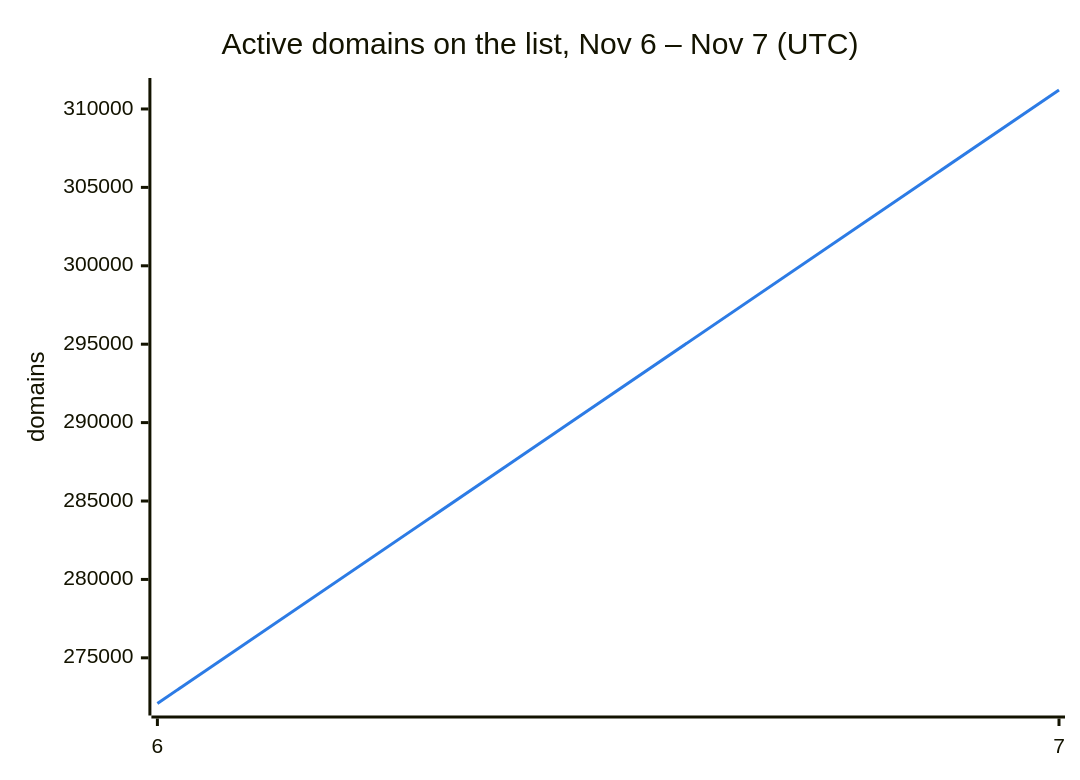
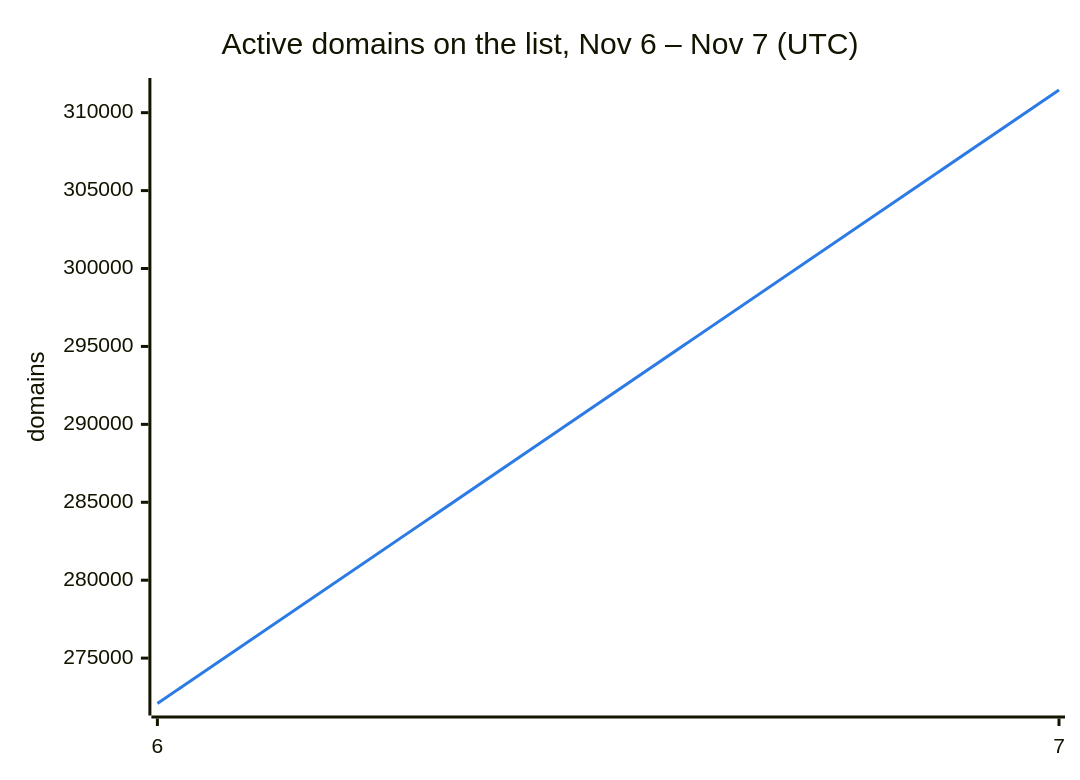
The second of 3 diagrams in README.md (DNSBunker/CTI), drawn with Mermaid before and after one commit. The commit also changed other lines of this file and 3 other files, not shown here.

````diff
--- a/README.md
+++ b/README.md
@@ -38,8 +38,8 @@
 ```mermaid
 %%{init: {"themeVariables": {"xyChart": {"plotColorPalette": "#2c7be5"}}}}%%
 xychart-beta
     title "Active domains on the list, Nov 6 – Nov 7 (UTC)"
     x-axis ["6", "7"]
     y-axis "domains"
-    line [272088, 311210]
+    line [272088, 311455]
 ```
````
